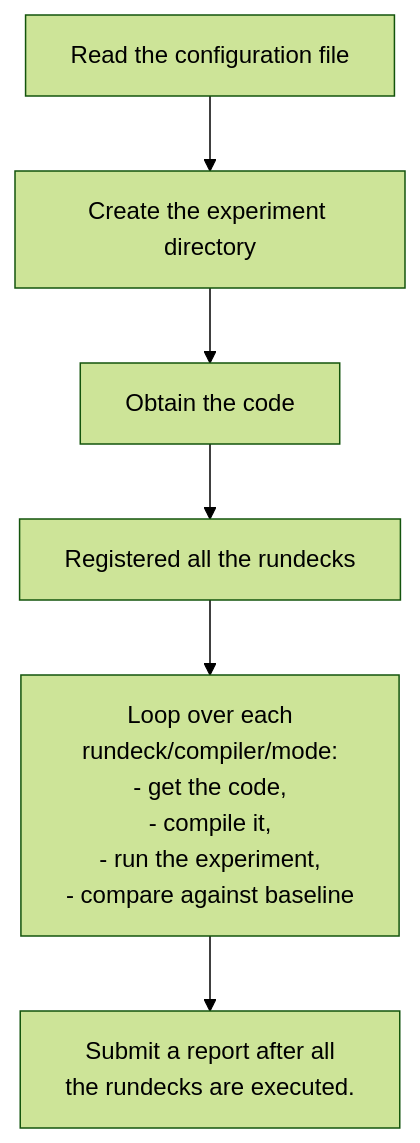
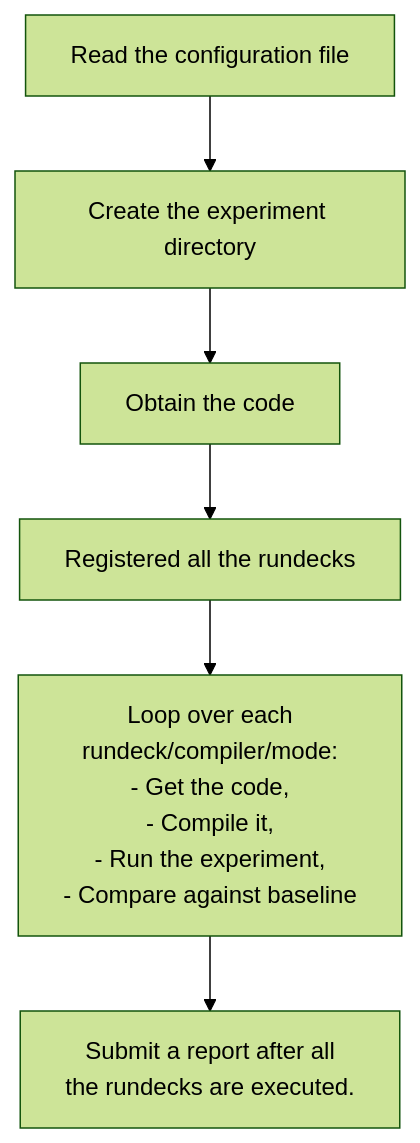
The diagram in README.md (astg606/modelE_regression), drawn with Mermaid (forest theme) before and after one commit.

Commit message:
Update flowchart text for consistency and capitalization

````diff
--- a/README.md
+++ b/README.md
@@ -33,8 +33,8 @@
 ```mermaid
 flowchart TB
     A[Read the configuration file] --> B[Create the experiment directory]
     B --> C[Obtain the code]
     C --> D[Registered all the rundecks]
-    D --> F[Loop over each <br> rundeck/compiler/mode: <br> - get the code, <br> - compile it, <br> - run the experiment, <br> - compare against baseline]
+    D --> F[Loop over each <br> rundeck/compiler/mode: <br> - Get the code, <br> - Compile it, <br> - Run the experiment, <br> - Compare against baseline]
     F --> G[Submit a report after all <br> the rundecks are executed.]
 ```
````
